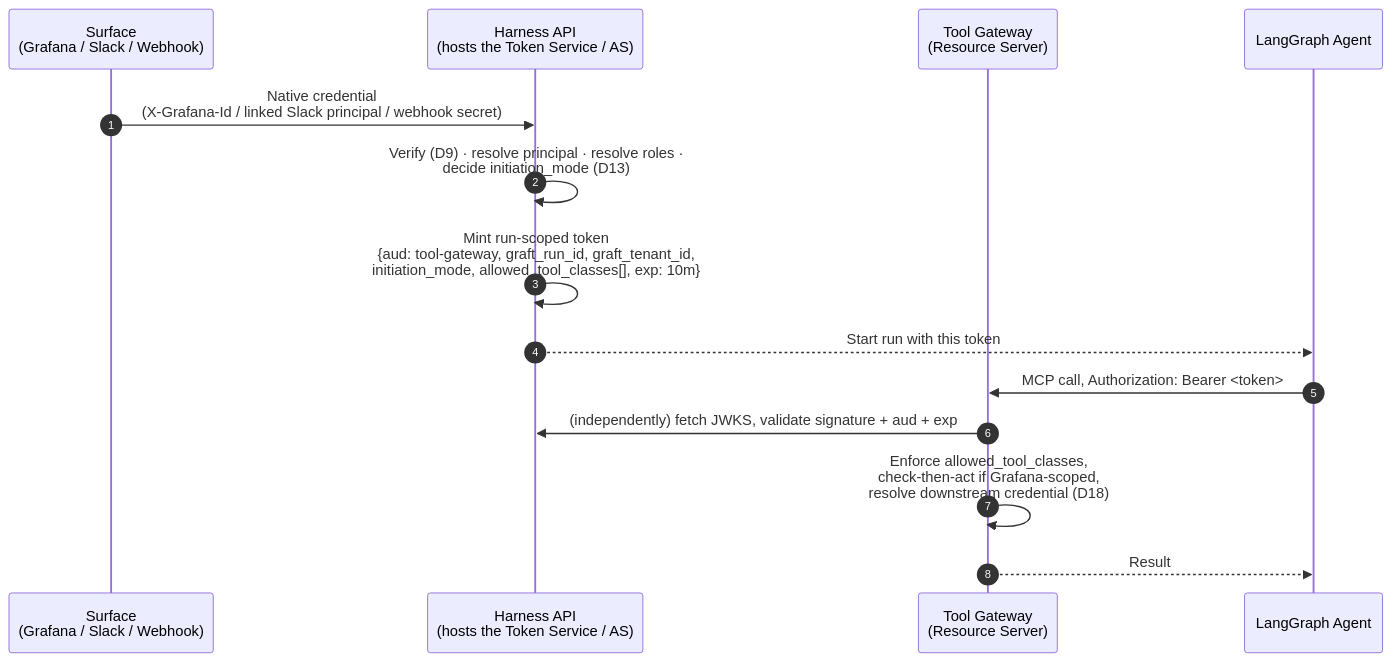
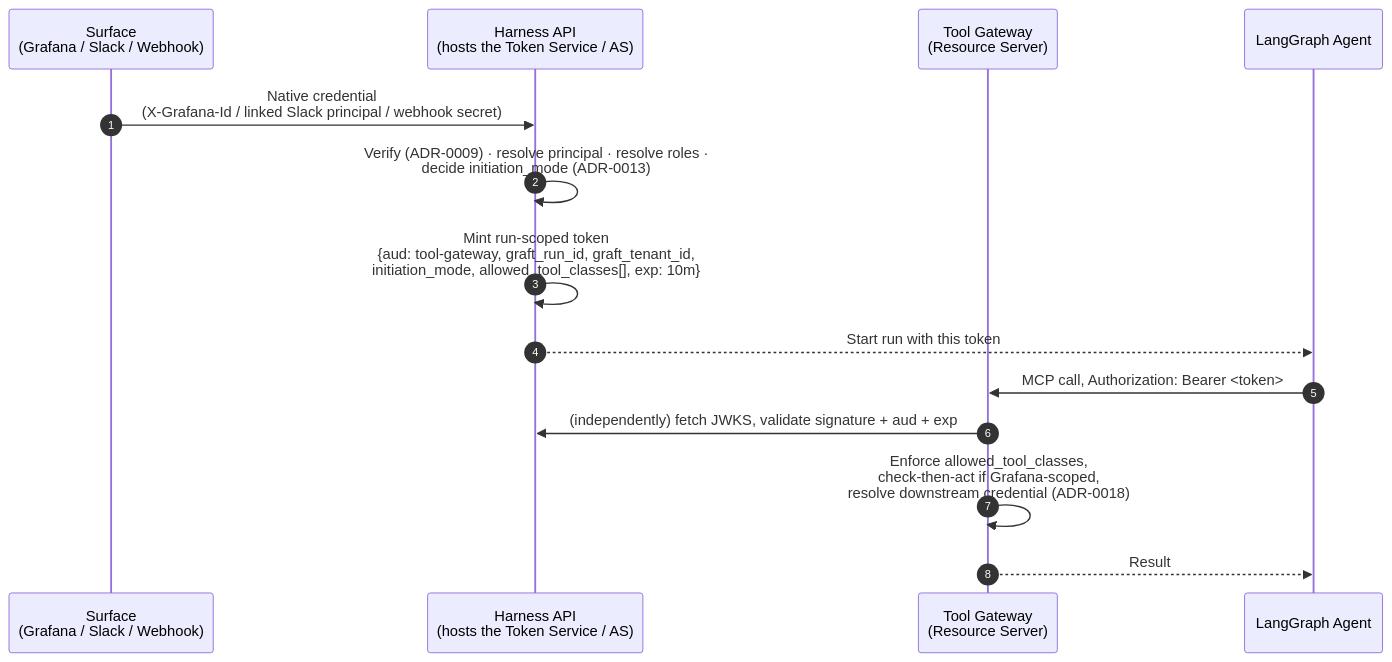
The second of 2 diagrams in docs/design/mcp-authorization-server.md (vikshana/graft-agent-harness), drawn with Mermaid before and after one commit. The commit also changed other lines of this file and 120 other files, not shown here.

````diff
--- a/docs/design/mcp-authorization-server.md
+++ b/docs/design/mcp-authorization-server.md
@@ -131,17 +131,17 @@
 ```mermaid
 sequenceDiagram
     autonumber
     participant SURF as Surface<br/>(Grafana / Slack / Webhook)
     participant API as Harness API<br/>(hosts the Token Service / AS)
     participant TG as Tool Gateway<br/>(Resource Server)
     participant AGENT as LangGraph Agent
 
     SURF->>API: Native credential<br/>(X-Grafana-Id / linked Slack principal / webhook secret)
-    API->>API: Verify (D9) · resolve principal · resolve roles ·<br/>decide initiation_mode (D13)
+    API->>API: Verify (ADR-0009) · resolve principal · resolve roles ·<br/>decide initiation_mode (ADR-0013)
     API->>API: Mint run-scoped token<br/>{aud: tool-gateway, graft_run_id, graft_tenant_id,<br/>initiation_mode, allowed_tool_classes[], exp: 10m}
     API-->>AGENT: Start run with this token
     AGENT->>TG: MCP call, Authorization: Bearer <token>
     TG->>API: (independently) fetch JWKS, validate signature + aud + exp
-    TG->>TG: Enforce allowed_tool_classes,<br/>check-then-act if Grafana-scoped,<br/>resolve downstream credential (D18)
+    TG->>TG: Enforce allowed_tool_classes,<br/>check-then-act if Grafana-scoped,<br/>resolve downstream credential (ADR-0018)
     TG-->>AGENT: Result
 ```
````
